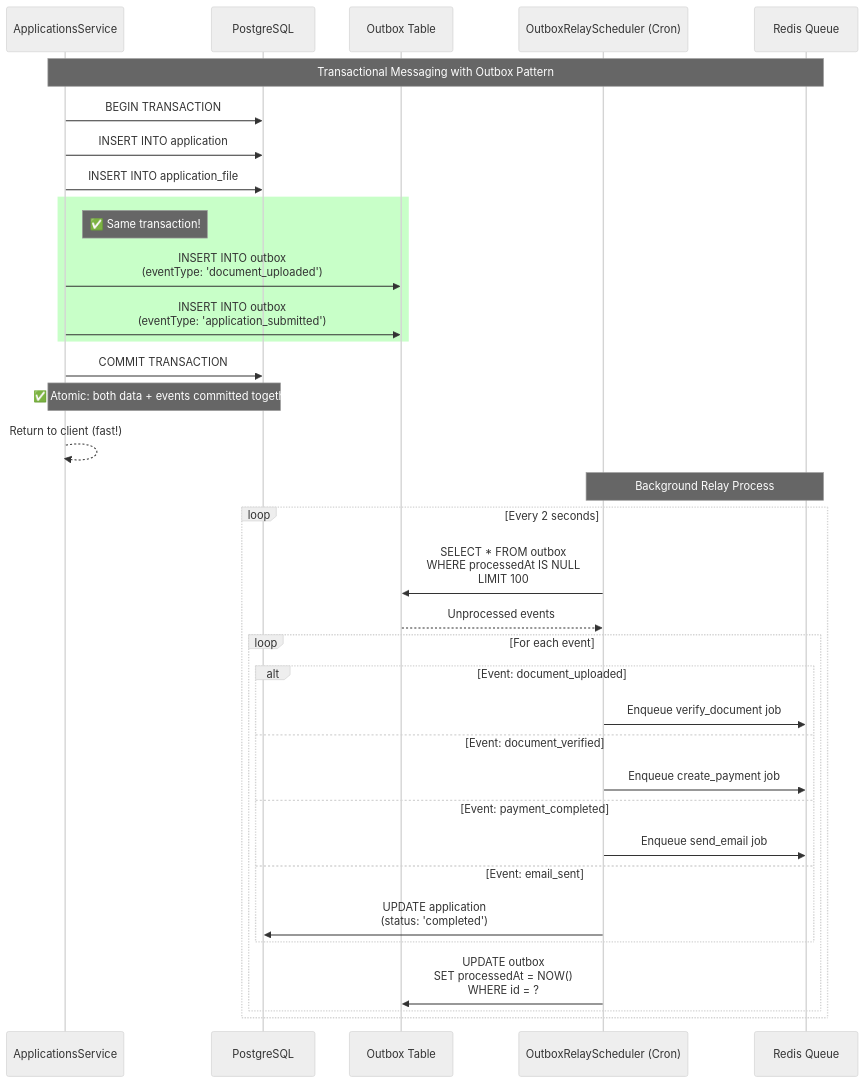
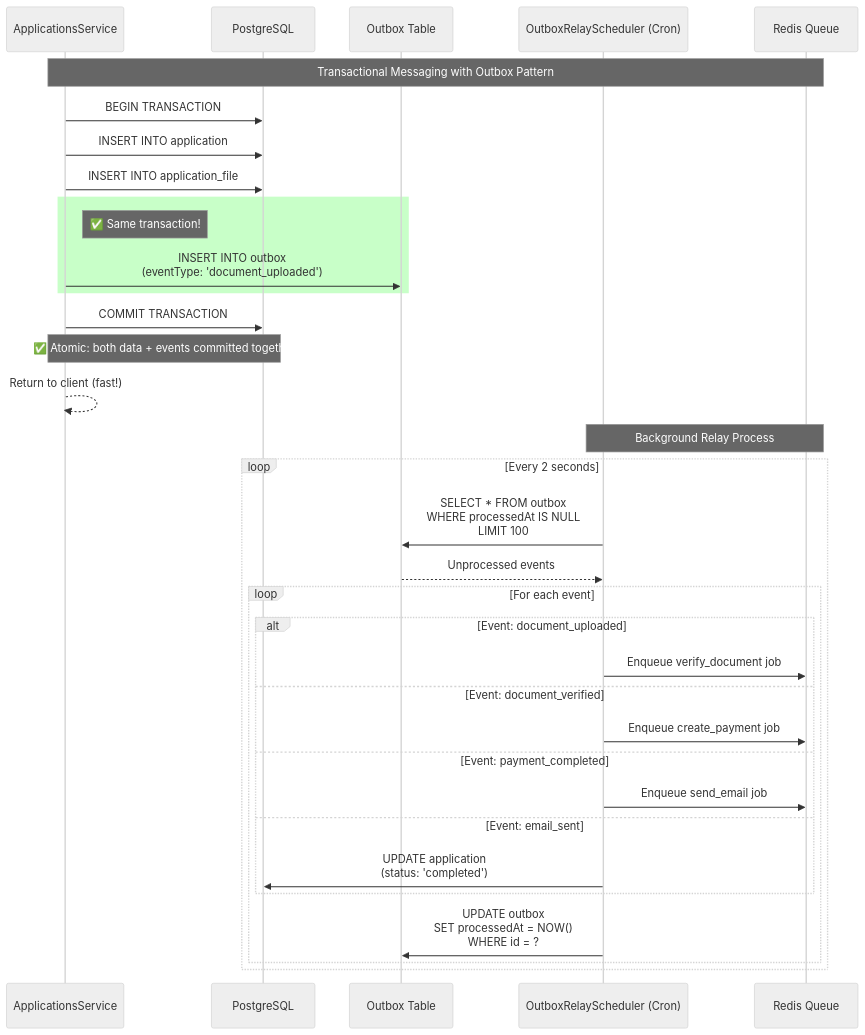
One commit to huytu0702/university_admission_portal changed the third of 11 diagrams in backend/docs/SYSTEM_FLOW_AFTER_PATTERNS.md. Above: the diagram before and after it, drawn with Mermaid (neutral theme). The commit also changed other lines of this file and 3 other files, not shown here.

````diff
--- a/backend/docs/SYSTEM_FLOW_AFTER_PATTERNS.md
+++ b/backend/docs/SYSTEM_FLOW_AFTER_PATTERNS.md
@@ -267,46 +266,45 @@
 ```mermaid
 sequenceDiagram
     participant Service as ApplicationsService
     participant DB as PostgreSQL
     participant OutboxTable as Outbox Table
     participant Scheduler as OutboxRelayScheduler (Cron)
     participant Queue as Redis Queue
     
     Note over Service,Queue: Transactional Messaging with Outbox Pattern
     
     Service->>DB: BEGIN TRANSACTION
     Service->>DB: INSERT INTO application
     Service->>DB: INSERT INTO application_file
     
     rect rgb(200, 255, 200)
     Note right of Service: ✅ Same transaction!
     Service->>OutboxTable: INSERT INTO outbox<br/>(eventType: 'document_uploaded')
-    Service->>OutboxTable: INSERT INTO outbox<br/>(eventType: 'application_submitted')
     end
     
     Service->>DB: COMMIT TRANSACTION
     Note over Service,DB: ✅ Atomic: both data + events committed together
     
     Service-->>Service: Return to client (fast!)
     
     Note over Scheduler,Queue: Background Relay Process
     
     loop Every 2 seconds
         Scheduler->>OutboxTable: SELECT * FROM outbox<br/>WHERE processedAt IS NULL<br/>LIMIT 100
         OutboxTable-->>Scheduler: Unprocessed events
         
         loop For each event
             alt Event: document_uploaded
                 Scheduler->>Queue: Enqueue verify_document job
             else Event: document_verified
                 Scheduler->>Queue: Enqueue create_payment job
             else Event: payment_completed
                 Scheduler->>Queue: Enqueue send_email job
             else Event: email_sent
                 Scheduler->>DB: UPDATE application<br/>(status: 'completed')
             end
             
             Scheduler->>OutboxTable: UPDATE outbox<br/>SET processedAt = NOW()<br/>WHERE id = ?
         end
     end
 ```
````
